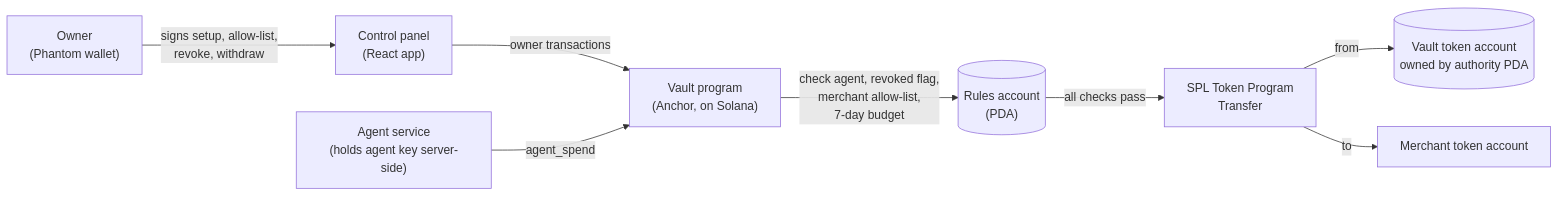
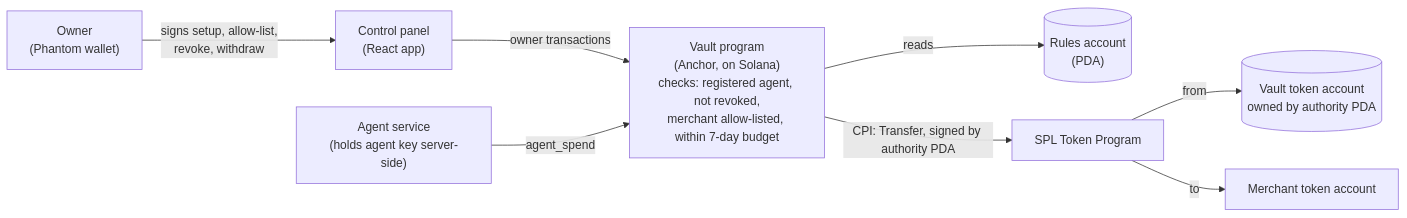
Before and after one commit to Siva-sailam/agent-vault: the diagram in README.md, drawn with Mermaid. The commit also changed other lines of this file, not shown here.

Commit message:
README: fix architecture diagram edges, expand upgrade-authority limitation

````diff
--- a/README.md
+++ b/README.md
@@ -21,12 +21,12 @@
 ```mermaid
 flowchart LR
     Owner["Owner<br/>(Phantom wallet)"] -->|signs setup, allow-list,<br/>revoke, withdraw| Panel["Control panel<br/>(React app)"]
     Panel -->|owner transactions| Program
 
-    Agent["Agent service<br/>(holds agent key server-side)"] -->|agent_spend| Program["Vault program<br/>(Anchor, on Solana)"]
+    Agent["Agent service<br/>(holds agent key server-side)"] -->|agent_spend| Program["Vault program<br/>(Anchor, on Solana)<br/>checks: registered agent, not revoked,<br/>merchant allow-listed, within 7-day budget"]
 
-    Program -->|check agent, revoked flag,<br/>merchant allow-list,<br/>7-day budget| Rules[("Rules account<br/>(PDA)")]
-    Rules -->|all checks pass| Token["SPL Token Program<br/>Transfer"]
+    Program -->|reads| Rules[("Rules account<br/>(PDA)")]
+    Program -->|CPI: Transfer, signed by authority PDA| Token["SPL Token Program"]
     Token -->|from| Vault[("Vault token account<br/>owned by authority PDA")]
     Token -->|to| Merchant["Merchant token account"]
 ```
````
